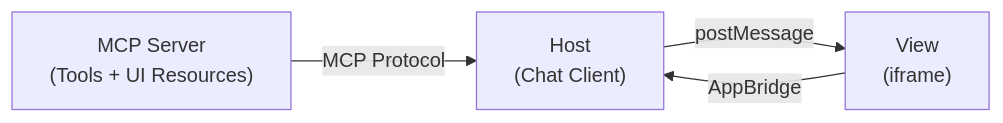
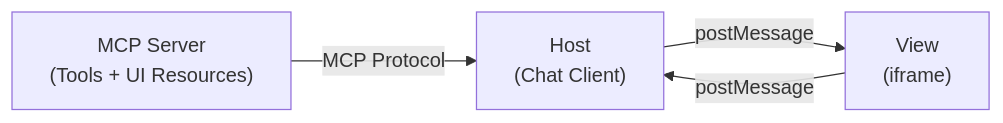
Before and after one commit to yoichiozaki/yoichiozaki.github.io: the fifth of 6 diagrams in content/blog/en/model-context-protocol.mdx, drawn with Mermaid. The commit also changed other lines of this file and 220 other files, not shown here.

````diff
--- a/content/blog/en/model-context-protocol.mdx
+++ b/content/blog/en/model-context-protocol.mdx
@@ -659,9 +659,9 @@
 ```mermaid
 graph LR
     Server["MCP Server\n(Tools + UI Resources)"]
     Host["Host\n(Chat Client)"]
     View["View\n(iframe)"]
     Server -- "MCP Protocol" --> Host
     Host -- "postMessage" --> View
-    View -- "AppBridge" --> Host
+    View -- "postMessage" --> Host
 ```
````
